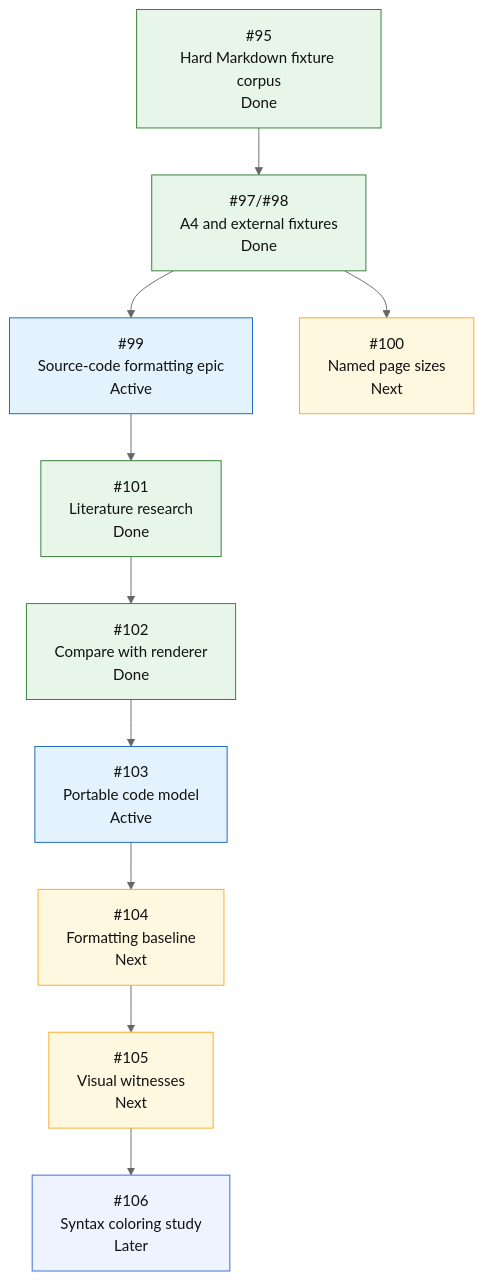
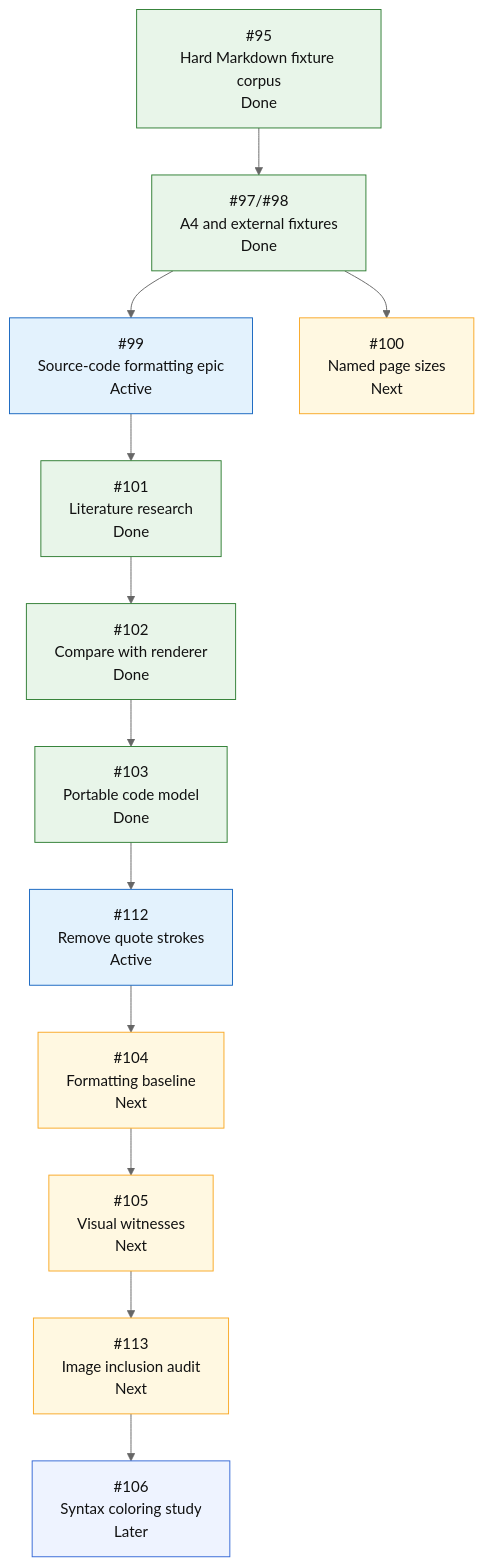
Before and after one commit to mihaelamj/MarkdownPDF: the fifth of 5 diagrams in README.md, drawn with Mermaid (neutral theme). The commit also changed other lines of this file, not shown here.

Commit message:
docs(roadmap): queue reported pdf layout issues

````diff
--- a/README.md
+++ b/README.md
@@ -418,31 +419,33 @@
 ```mermaid
 flowchart TD
     H0["#95<br/>Hard Markdown fixture corpus<br/>Done"]
     H1["#97/#98<br/>A4 and external fixtures<br/>Done"]
     H2["#99<br/>Source-code formatting epic<br/>Active"]
     H2A["#101<br/>Literature research<br/>Done"]
     H2B["#102<br/>Compare with renderer<br/>Done"]
-    H2C["#103<br/>Portable code model<br/>Active"]
-    H2D["#104<br/>Formatting baseline<br/>Next"]
-    H2E["#105<br/>Visual witnesses<br/>Next"]
-    H2F["#106<br/>Syntax coloring study<br/>Later"]
+    H2C["#103<br/>Portable code model<br/>Done"]
+    H2D["#112<br/>Remove quote strokes<br/>Active"]
+    H2E["#104<br/>Formatting baseline<br/>Next"]
+    H2F["#105<br/>Visual witnesses<br/>Next"]
+    H2G["#113<br/>Image inclusion audit<br/>Next"]
+    H2H["#106<br/>Syntax coloring study<br/>Later"]
     H3["#100<br/>Named page sizes<br/>Next"]
 
     H0 --> H1
     H1 --> H2
-    H2 --> H2A --> H2B --> H2C --> H2D --> H2E --> H2F
+    H2 --> H2A --> H2B --> H2C --> H2D --> H2E --> H2F --> H2G --> H2H
     H1 --> H3
 
     classDef done fill:#e8f5e9,stroke:#2e7d32,color:#111;
     classDef active fill:#e3f2fd,stroke:#1565c0,color:#111;
     classDef review fill:#f3e5f5,stroke:#7b1fa2,color:#111;
     classDef next fill:#fff8e1,stroke:#f9a825,color:#111;
     classDef todo fill:#eef3ff,stroke:#3367d6,color:#111;
     class H0 done;
     class H1 done;
-    class H2,H2C active;
-    class H2A,H2B done;
-    class H2D,H2E next;
-    class H2F todo;
+    class H2,H2D active;
+    class H2A,H2B,H2C done;
+    class H2E,H2F,H2G next;
+    class H2H todo;
     class H3 next;
 ```
````
